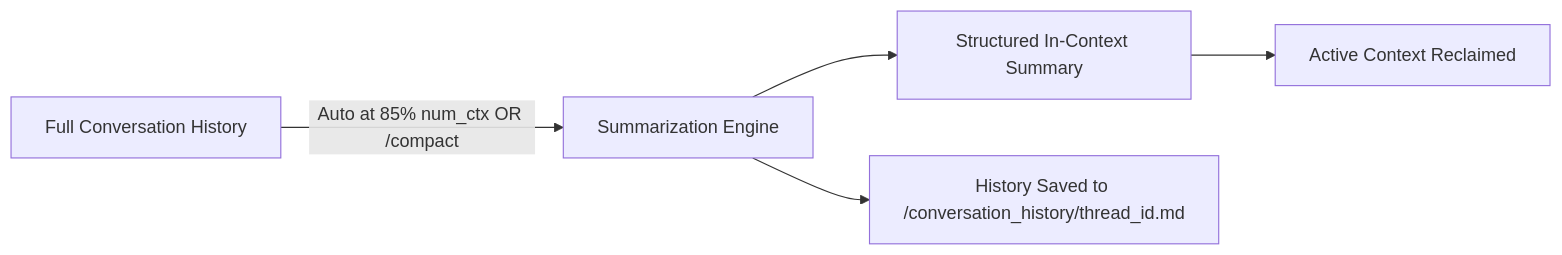
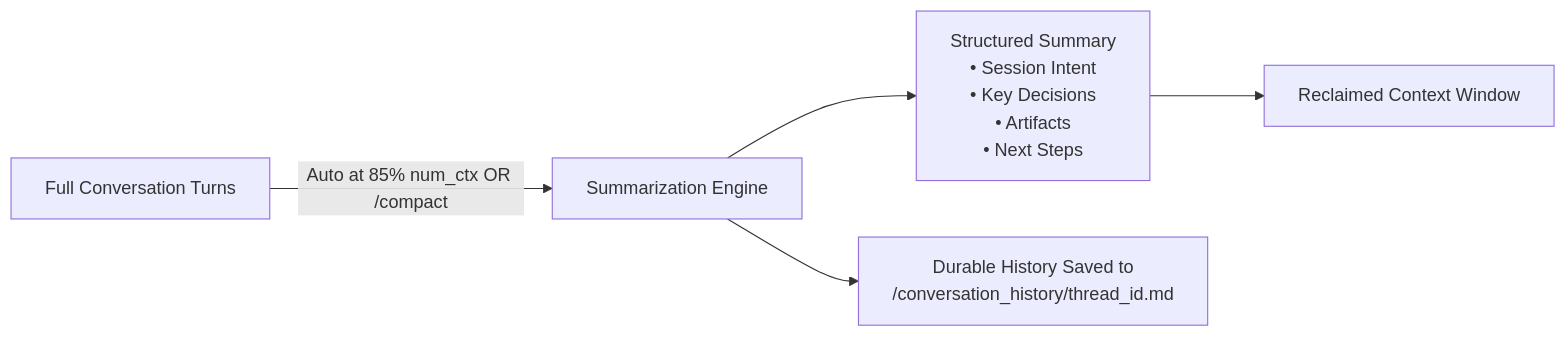
Before and after one commit to arrase/ollama-agent: the first of 2 diagrams in README.md, drawn with Mermaid. The commit also changed other lines of this file, not shown here.

````diff
--- a/README.md
+++ b/README.md
@@ -142,7 +218,7 @@
 ```mermaid
 flowchart LR
-    A[Full Conversation History] -->|Auto at 85% num_ctx OR /compact| B[Summarization Engine]
-    B --> C[Structured In-Context Summary]
-    B --> D[History Saved to /conversation_history/thread_id.md]
-    C --> E[Active Context Reclaimed]
+    A[Full Conversation Turns] -->|Auto at 85% num_ctx OR /compact| B[Summarization Engine]
+    B --> C[Structured Summary\n• Session Intent\n• Key Decisions\n• Artifacts\n• Next Steps]
+    B --> D[Durable History Saved to\n/conversation_history/thread_id.md]
+    C --> E[Reclaimed Context Window]
 ```
````
